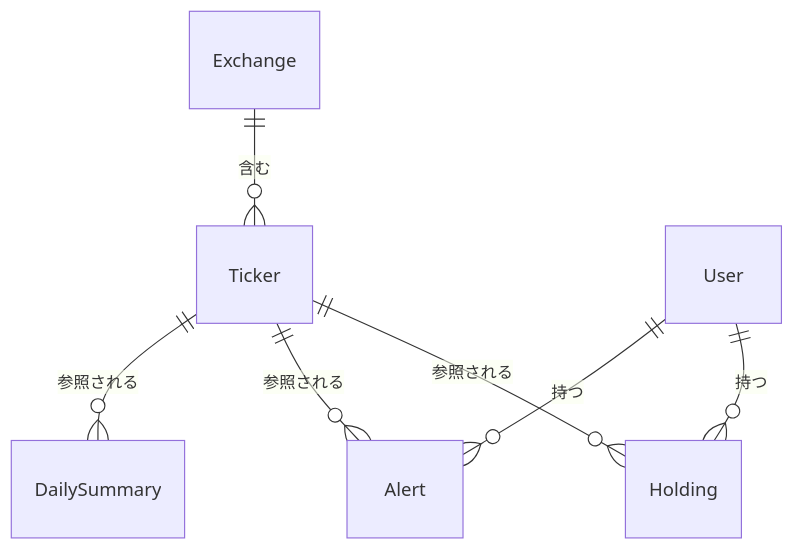
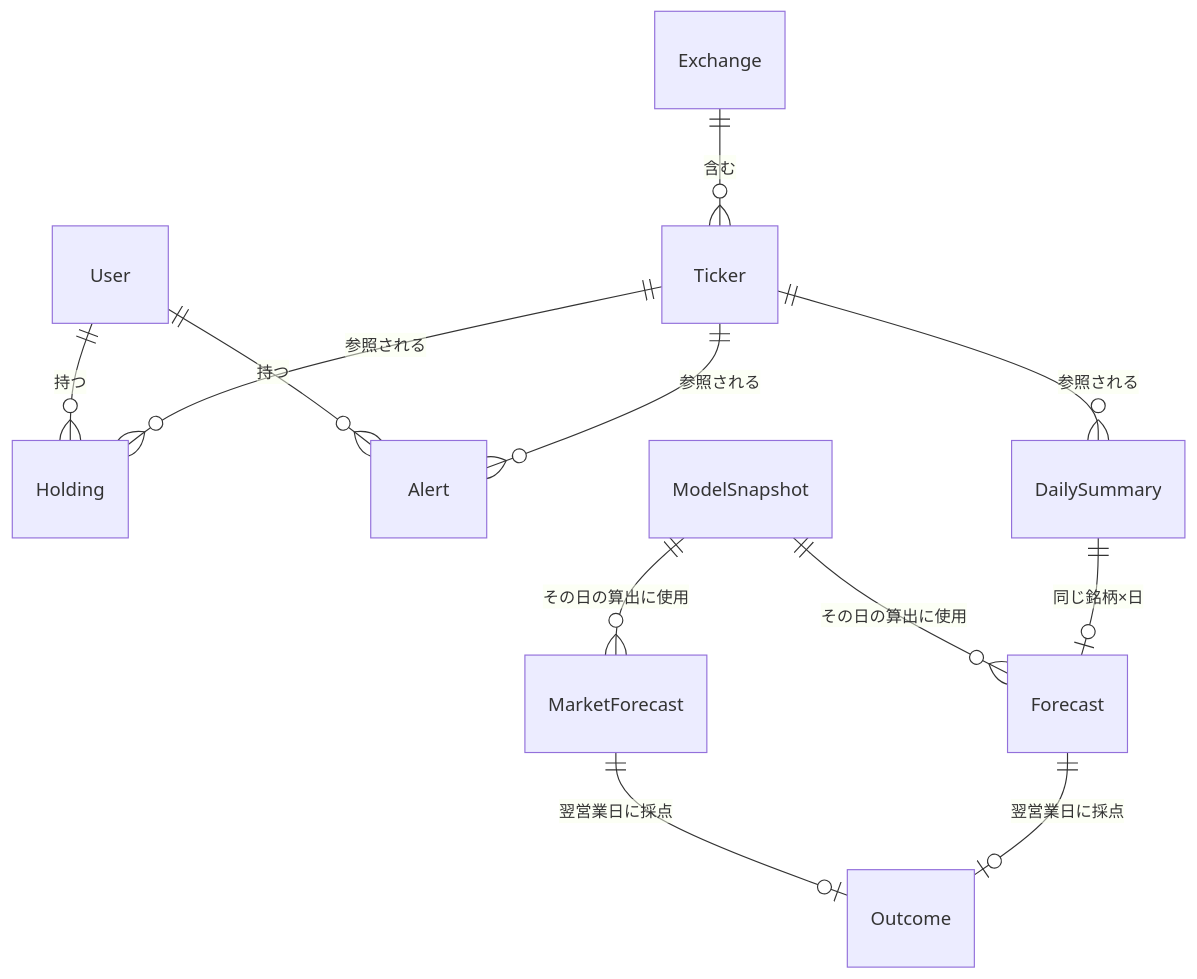
The second of 2 diagrams in docs/services/stock-tracker/external-design.md (nagiyu/nagiyu-platform), drawn with Mermaid before and after one commit. The commit also changed other lines of this file and 23 other files, not shown here.

````diff
--- a/docs/services/stock-tracker/external-design.md
+++ b/docs/services/stock-tracker/external-design.md
@@ -265,9 +340,14 @@
 ```mermaid
 erDiagram
     Exchange ||--o{ Ticker : "含む"
     Ticker ||--o{ Holding : "参照される"
     Ticker ||--o{ Alert : "参照される"
     Ticker ||--o{ DailySummary : "参照される"
+    DailySummary ||--o| Forecast : "同じ銘柄×日"
+    Forecast ||--o| Outcome : "翌営業日に採点"
+    MarketForecast ||--o| Outcome : "翌営業日に採点"
+    ModelSnapshot ||--o{ Forecast : "その日の算出に使用"
+    ModelSnapshot ||--o{ MarketForecast : "その日の算出に使用"
     User ||--o{ Holding : "持つ"
     User ||--o{ Alert : "持つ"
 ```
````
